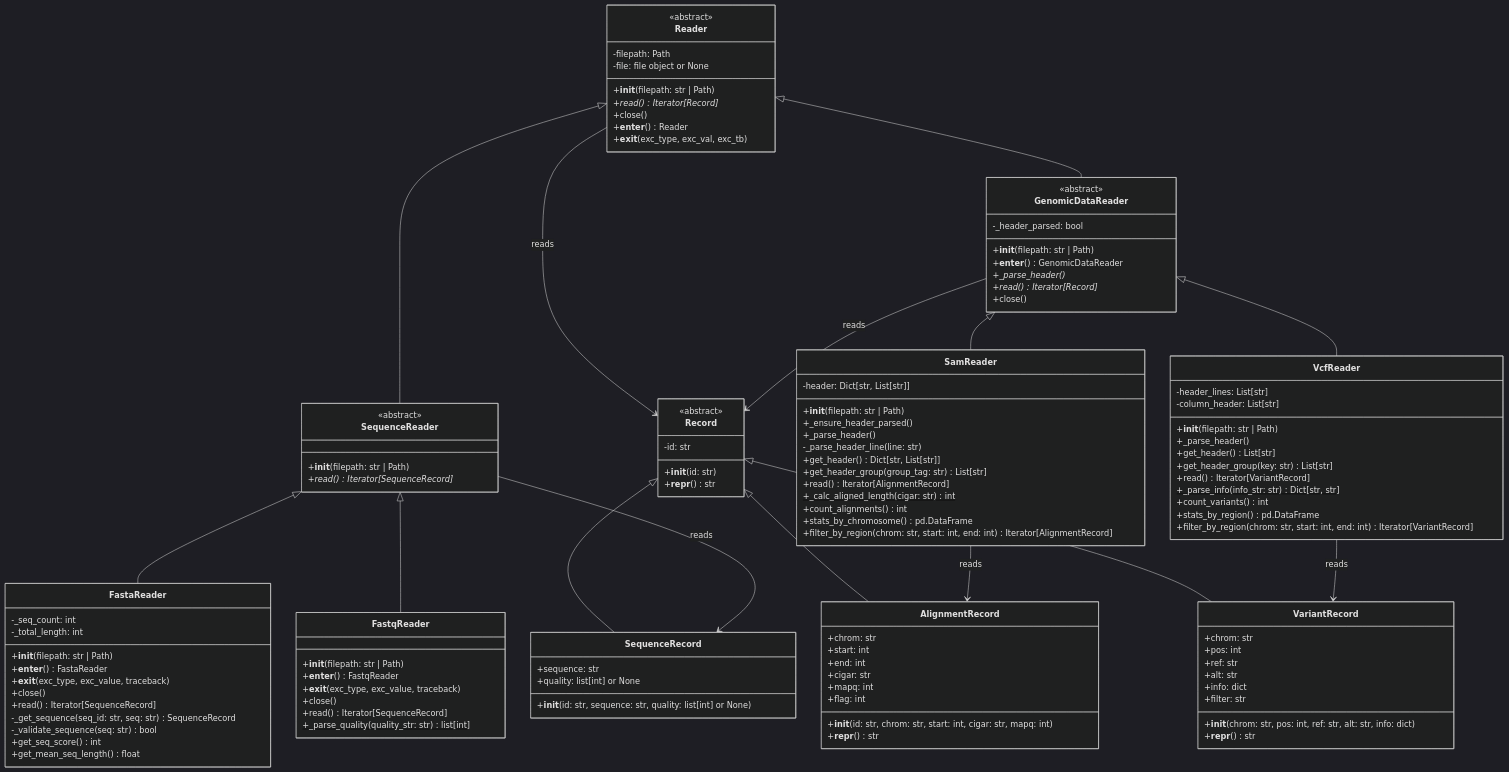
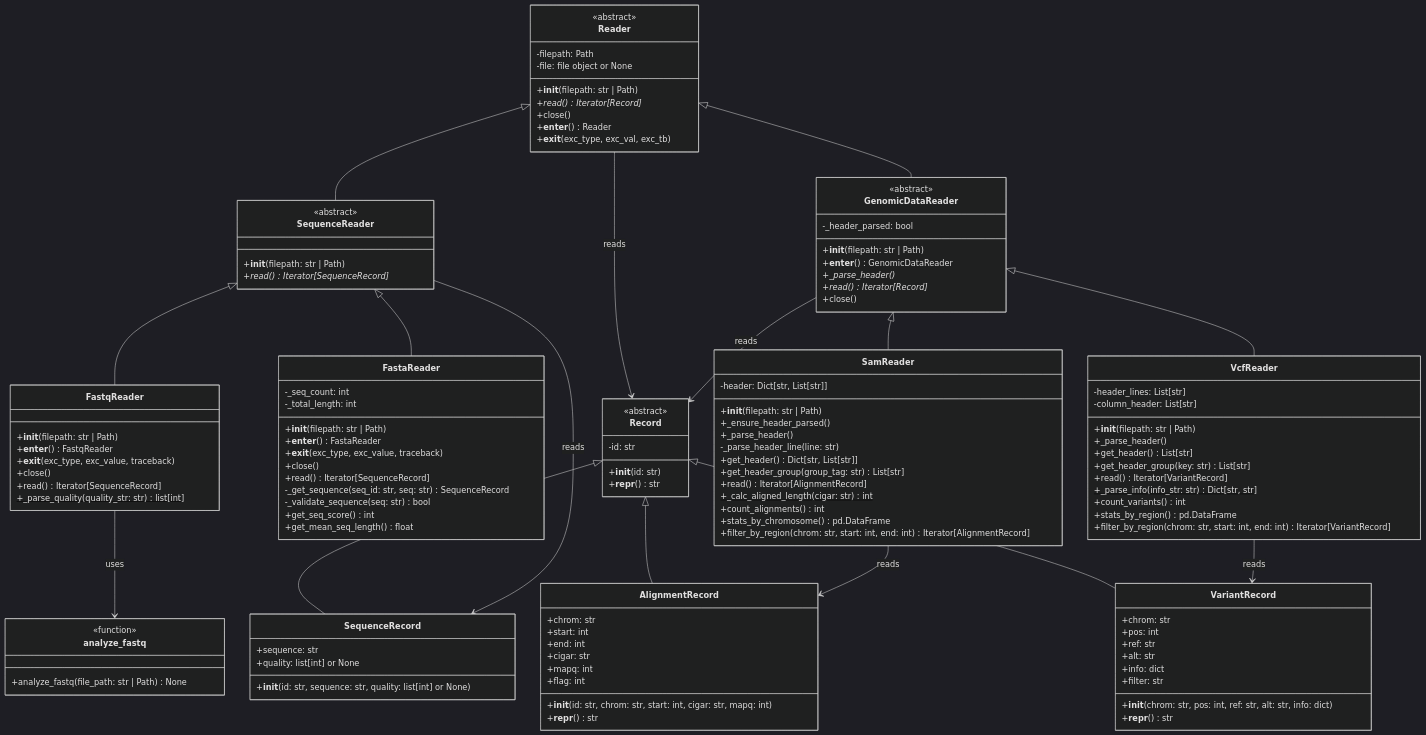
Before and after one commit to bioinf-rnrmu-stotoshka/bioformats-bioboba: the diagram in README.md, drawn with Mermaid (dark theme).

Commit message:
Update README.md
Добавлен в диаграмму класс analyze_fastq

````diff
--- a/README.md
+++ b/README.md
@@ -234,6 +234,13 @@
         +filter_by_region(chrom: str, start: int, end: int) Iterator[VariantRecord]
     }
 
+    
+    %% Analysis function (as a class for diagram purposes)
+    class analyze_fastq {
+        <<function>>
+        +analyze_fastq(file_path: str | Path) None
+    }
+
     %% Inheritance Relationships
     Reader <|-- SequenceReader
     Reader <|-- GenomicDataReader
@@ -252,4 +259,5 @@
     GenomicDataReader --> Record : reads
     SamReader --> AlignmentRecord : reads
     VcfReader --> VariantRecord : reads
+    FastqReader --> analyze_fastq: uses
 ```
````
